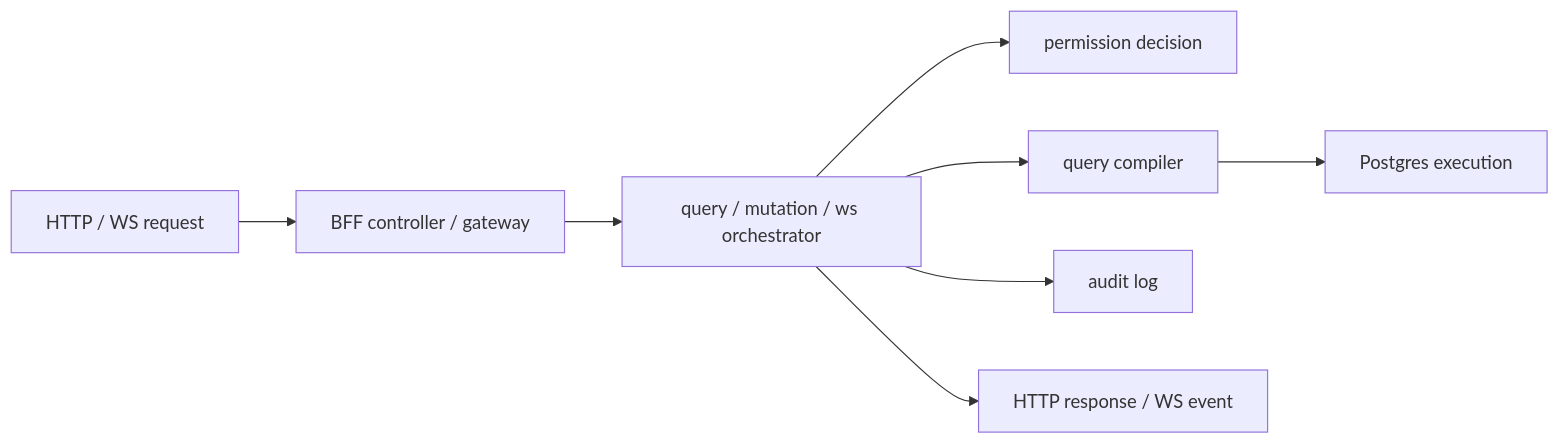
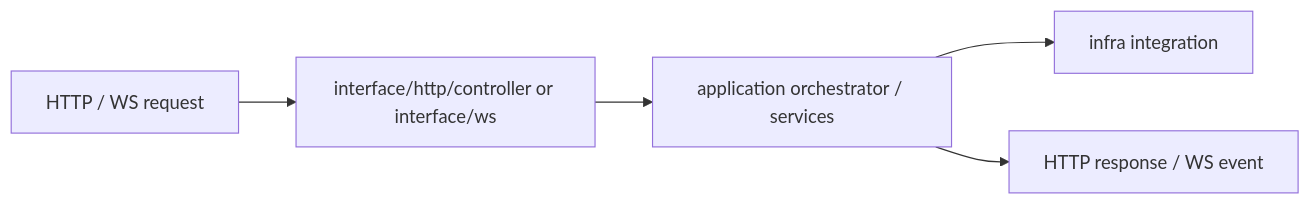
One commit to zhongmiao-org/meta-lc-platform changed the diagram in packages/bff/README.md. Above: the diagram before and after it, drawn with Mermaid. The commit also changed other lines of this file and 47 other files, not shown here.

First line of the commit message:
Feat/task 9 bff view gateway (#107)

````diff
--- a/packages/bff/README.md
+++ b/packages/bff/README.md
@@ -27,10 +79,7 @@
 ```mermaid
 flowchart LR
-  Http["HTTP / WS request"] --> Controller["BFF controller / gateway"]
-  Controller --> Orchestrator["query / mutation / ws orchestrator"]
-  Orchestrator --> Permission["permission decision"]
-  Orchestrator --> Query["query compiler"]
-  Query --> Db["Postgres execution"]
-  Orchestrator --> Audit["audit log"]
-  Orchestrator --> Response["HTTP response / WS event"]
+  Http["HTTP / WS request"] --> Entry["interface/http/controller or interface/ws"]
+  Entry --> App["application orchestrator / services"]
+  App --> Infra["infra integration"]
+  App --> Response["HTTP response / WS event"]
 ```
````
